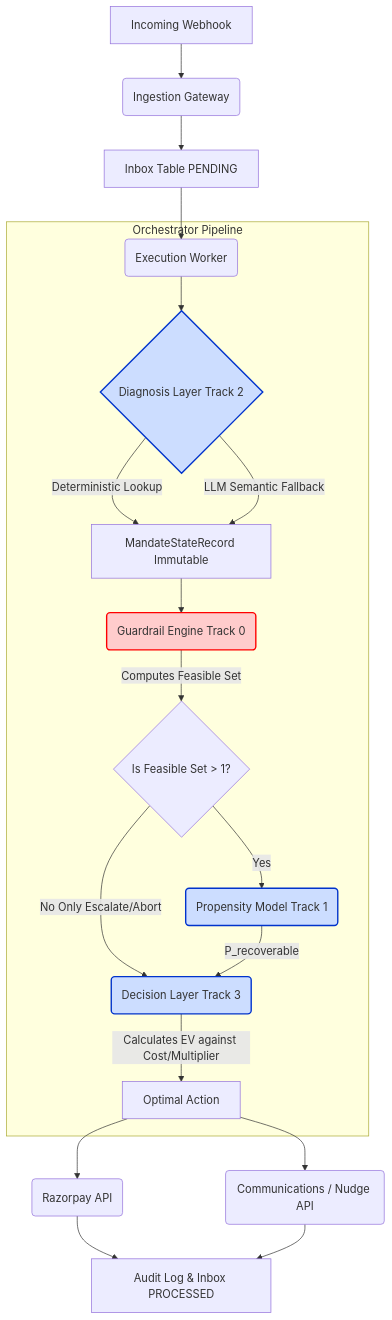
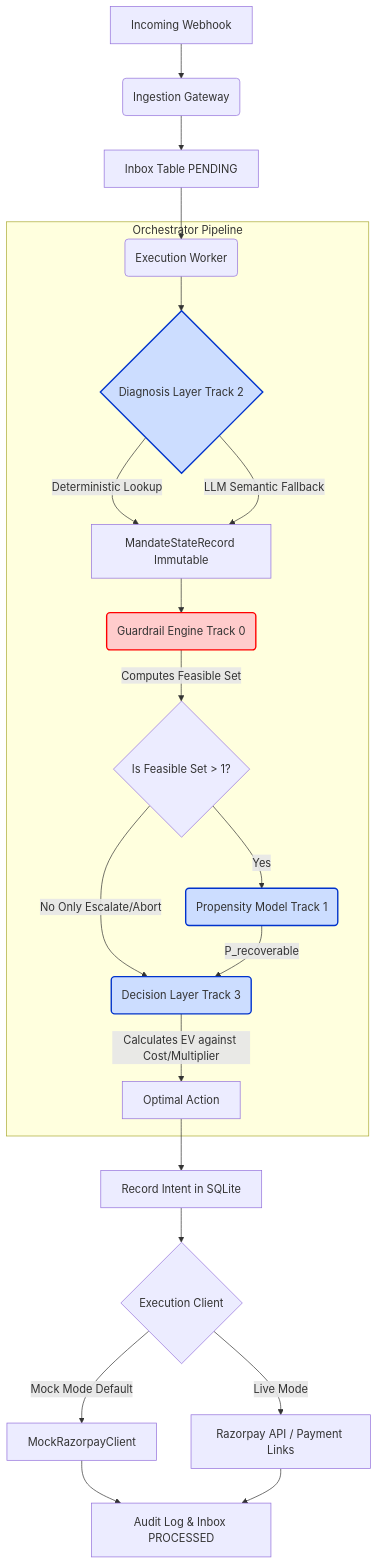
The diagram in docs/architecture.md (Not-Mally-Raw/Escapism), drawn with Mermaid before and after one commit. The commit also changed other lines of this file and 88 other files, not shown here.

````diff
--- a/docs/architecture.md
+++ b/docs/architecture.md
@@ -5,37 +5,39 @@
 ```mermaid
 graph TD
     A[Incoming Webhook] --> B(Ingestion Gateway)
     B --> C[Inbox Table PENDING]
     C --> D(Execution Worker)
     
     subgraph Orchestrator Pipeline
         D --> E{Diagnosis Layer Track 2}
         E -- Deterministic Lookup --> F
         E -- LLM Semantic Fallback --> F
         
         F[MandateStateRecord Immutable] --> G(Guardrail Engine Track 0)
         
         G -- Computes Feasible Set --> H{Is Feasible Set > 1?}
         
         H -- No Only Escalate/Abort --> I(Decision Layer Track 3)
         H -- Yes --> J(Propensity Model Track 1)
         
         J -- P_recoverable --> I
         
         I -- Calculates EV against Cost/Multiplier --> K[Optimal Action]
     end
     
-    K --> L(Razorpay API)
-    K --> M(Communications / Nudge API)
+    K --> L[Record Intent in SQLite]
+    L --> M{Execution Client}
+    M -- Mock Mode Default --> N[MockRazorpayClient]
+    M -- Live Mode --> O[Razorpay API / Payment Links]
     
-    L --> N[Audit Log & Inbox PROCESSED]
-    M --> N
+    N --> P[Audit Log & Inbox PROCESSED]
+    O --> P
     
     classDef compliance fill:#ffcccc,stroke:#ff0000,stroke-width:2px;
     classDef ai fill:#ccddff,stroke:#0033cc,stroke-width:2px;
     
     G:::compliance
     E:::ai
     J:::ai
     I:::ai
 ```
````
